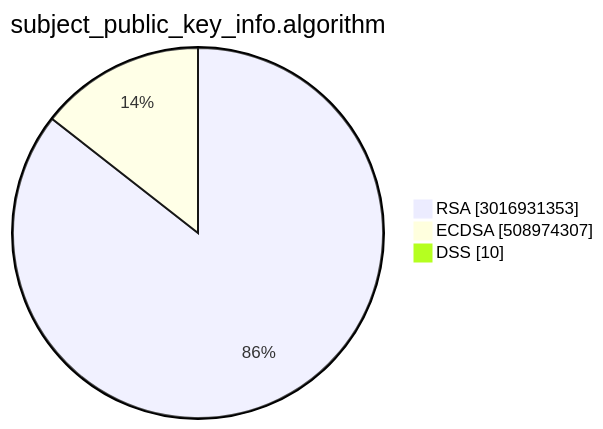
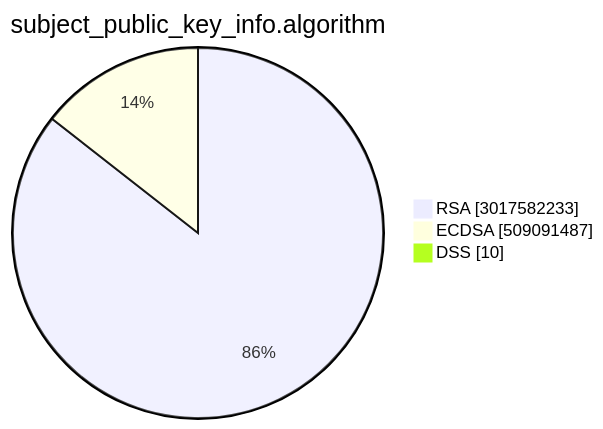
Before and after one commit to christiankrug/ctmonitor_visualization: the second of 15 diagrams in TOTAL/README.md, drawn with Mermaid. The commit also changed other lines of this file, not shown here.

````diff
--- a/TOTAL/README.md
+++ b/TOTAL/README.md
@@ -6,7 +6,7 @@
 ```mermaid
 pie showData
 title subject_public_key_info.algorithm
-"RSA" :3016931353
-"ECDSA" :508974307
+"RSA" :3017582233
+"ECDSA" :509091487
 "DSS" :10
 ```
````
